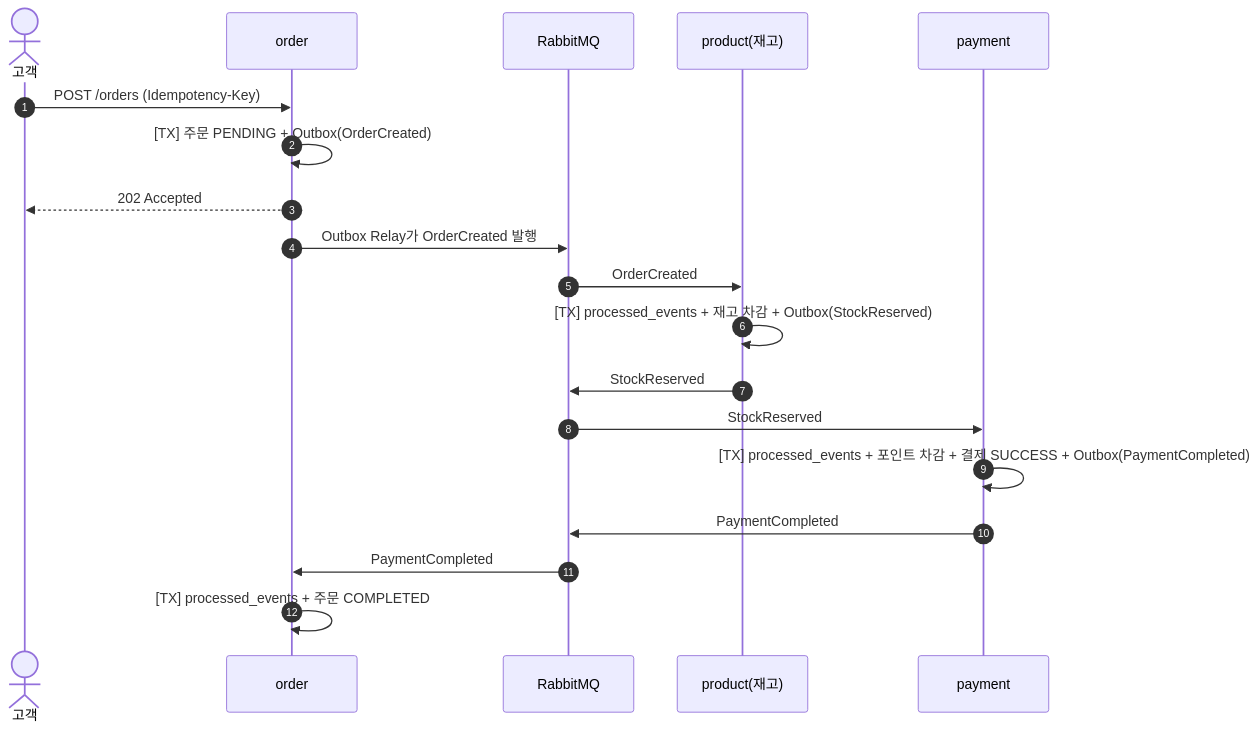
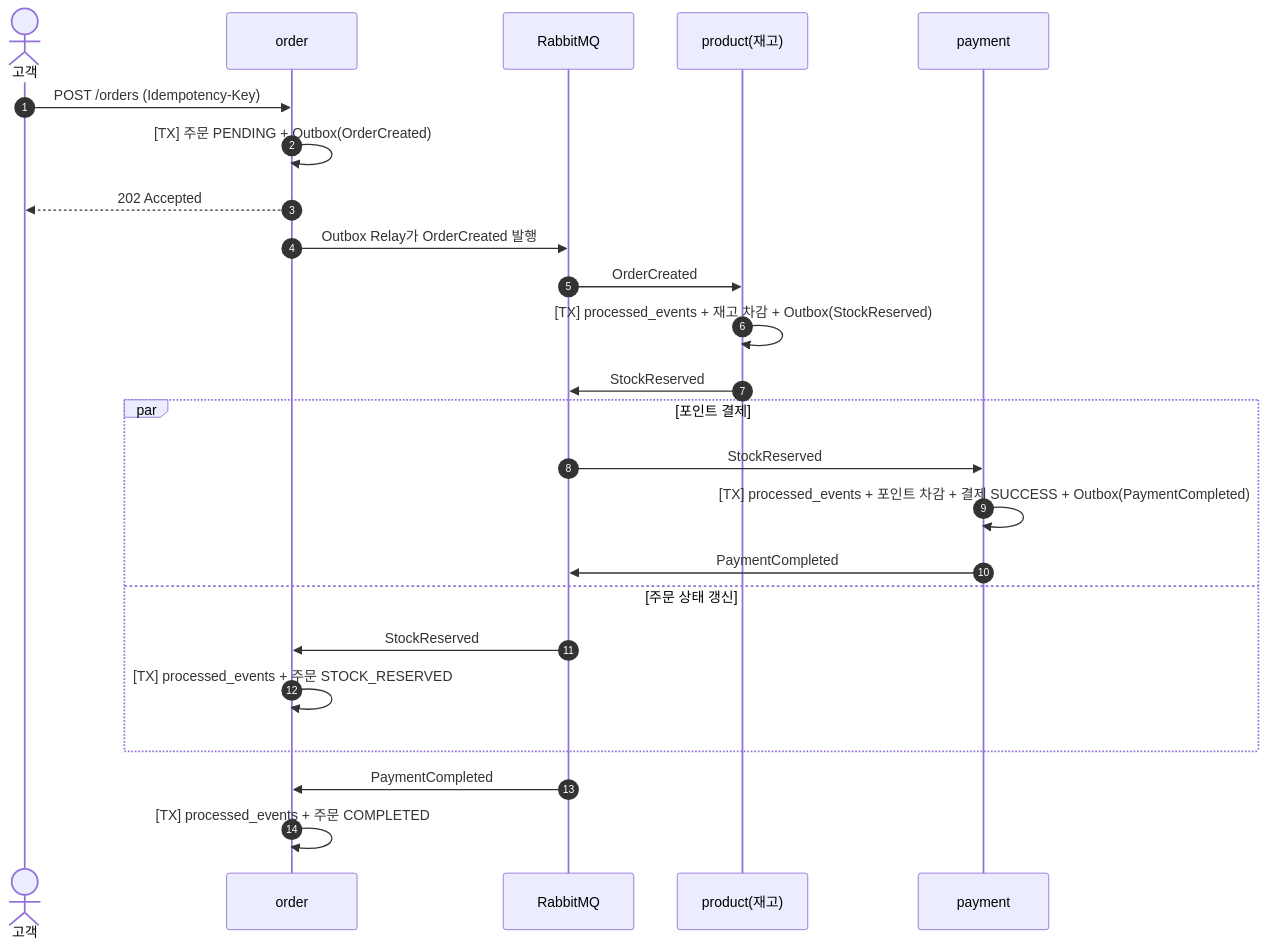
Before and after one commit to gffd94/mega_traffic_proj: the first of 3 diagrams in README.md, drawn with Mermaid. The commit also changed other lines of this file, not shown here.

Commit message:
docs: README를 실제 구현과 설계 결정에 맞게 갱신

````diff
--- a/README.md
+++ b/README.md
@@ -232,25 +235,30 @@
 ```mermaid
 sequenceDiagram
     autonumber
     actor Client as 고객
     participant Order as order
     participant MQ as RabbitMQ
     participant Stock as product(재고)
     participant Pay as payment
 
     Client->>Order: POST /orders (Idempotency-Key)
     Order->>Order: [TX] 주문 PENDING + Outbox(OrderCreated)
     Order-->>Client: 202 Accepted
     Order->>MQ: Outbox Relay가 OrderCreated 발행
 
     MQ->>Stock: OrderCreated
     Stock->>Stock: [TX] processed_events + 재고 차감 + Outbox(StockReserved)
     Stock->>MQ: StockReserved
 
-    MQ->>Pay: StockReserved
-    Pay->>Pay: [TX] processed_events + 포인트 차감 + 결제 SUCCESS + Outbox(PaymentCompleted)
-    Pay->>MQ: PaymentCompleted
+    par 포인트 결제
+        MQ->>Pay: StockReserved
+        Pay->>Pay: [TX] processed_events + 포인트 차감 + 결제 SUCCESS + Outbox(PaymentCompleted)
+        Pay->>MQ: PaymentCompleted
+    and 주문 상태 갱신
+        MQ->>Order: StockReserved
+        Order->>Order: [TX] processed_events + 주문 STOCK_RESERVED
+    end
 
     MQ->>Order: PaymentCompleted
     Order->>Order: [TX] processed_events + 주문 COMPLETED
 ```
````
